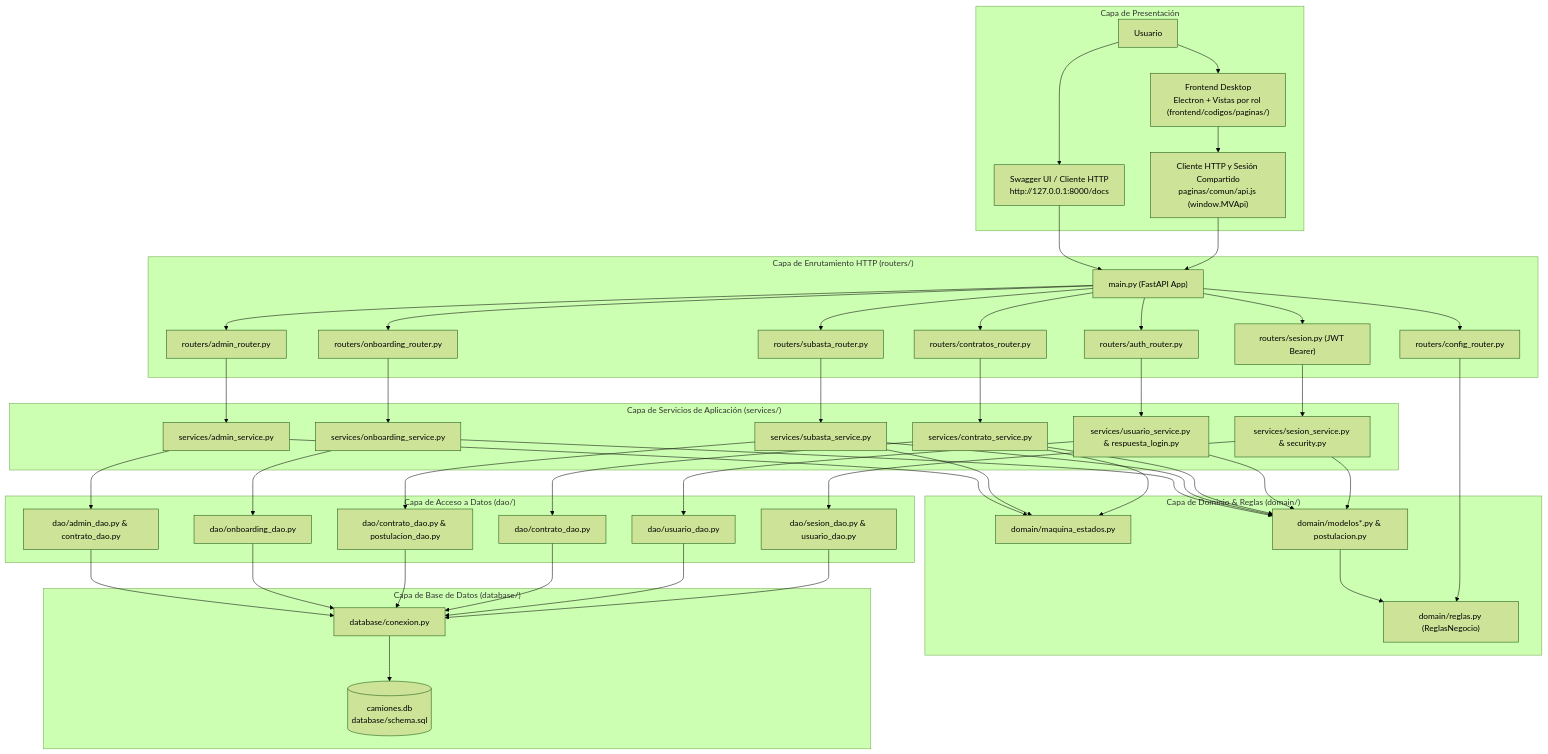
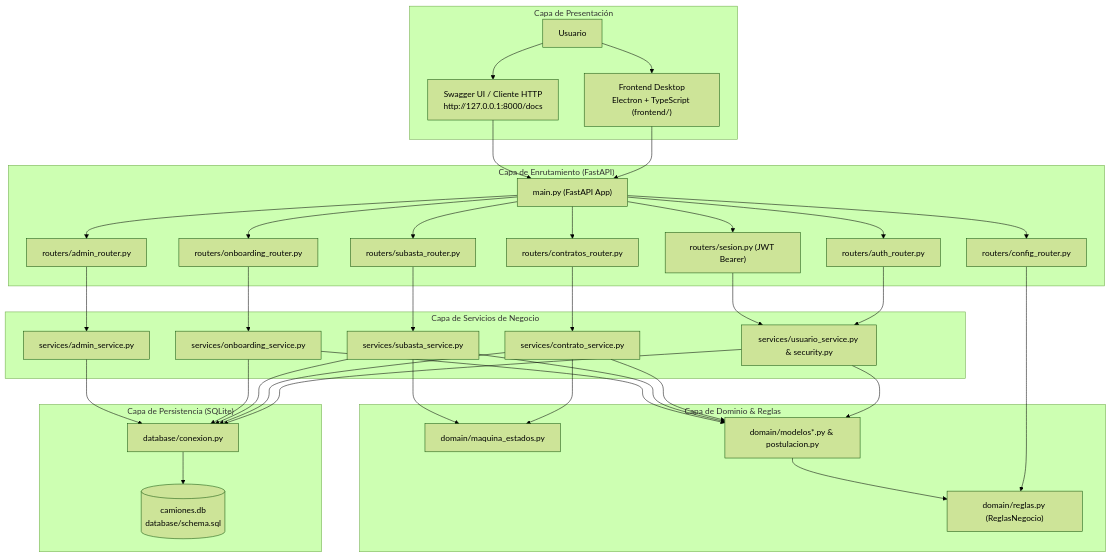
Before and after one commit to hamburgetestudent/Camiones_contratos: the diagram in README.md, drawn with Mermaid (forest theme). The commit also changed other lines of this file and 2 other files, not shown here.

````diff
--- a/README.md
+++ b/README.md
@@ -282,49 +289,38 @@
 ```mermaid
 flowchart TD
     subgraph UI["Capa de Presentación"]
-        A["Usuario"] --> B["Frontend Desktop<br/>Electron + Vistas por rol (frontend/codigos/paginas/)"]
-        B --> FEAPI["Cliente HTTP y Sesión Compartido<br/>paginas/comun/api.js (window.MVApi)"]
+        A["Usuario"] --> B["Frontend Desktop<br/>Electron + TypeScript (frontend/)"]
         A --> C["Swagger UI / Cliente HTTP<br/>http://127.0.0.1:8000/docs"]
     end
 
-    subgraph API["Capa de Enrutamiento HTTP (routers/)"]
-        FEAPI & C --> D["main.py (FastAPI App)"]
+    subgraph API["Capa de Enrutamiento (FastAPI)"]
+        B & C --> D["main.py (FastAPI App)"]
         D --> SSEC["routers/sesion.py (JWT Bearer)"]
         D --> R1["routers/auth_router.py"]
         D --> R2["routers/admin_router.py"]
         D --> R3["routers/contratos_router.py"]
         D --> R4["routers/subasta_router.py"]
         D --> R5["routers/onboarding_router.py"]
         D --> R6["routers/config_router.py"]
     end
 
-    subgraph SERVICES["Capa de Servicios de Aplicación (services/)"]
-        SSEC --> S0["services/sesion_service.py & security.py"]
-        R1 --> S1["services/usuario_service.py & respuesta_login.py"]
+    subgraph SERVICES["Capa de Servicios de Negocio"]
+        R1 & SSEC --> S1["services/usuario_service.py & security.py"]
         R2 --> S5["services/admin_service.py"]
         R3 --> S2["services/contrato_service.py"]
         R4 --> S3["services/subasta_service.py"]
         R5 --> S4["services/onboarding_service.py"]
     end
 
-    subgraph DOMAIN["Capa de Dominio & Reglas (domain/)"]
+    subgraph DOMAIN["Capa de Dominio & Reglas"]
         R6 --> M3["domain/reglas.py (ReglasNegocio)"]
-        S2 & S3 & S5 --> M1["domain/maquina_estados.py"]
-        S0 & S1 & S2 & S3 & S4 --> M2["domain/modelos*.py & postulacion.py"]
+        S2 & S3 --> M1["domain/maquina_estados.py"]
+        S1 & S2 & S3 & S4 --> M2["domain/modelos*.py & postulacion.py"]
         M2 --> M3
     end
 
-    subgraph DAO["Capa de Acceso a Datos (dao/)"]
-        S0 --> D0["dao/sesion_dao.py & usuario_dao.py"]
-        S1 --> D1["dao/usuario_dao.py"]
-        S2 --> D2["dao/contrato_dao.py"]
-        S3 --> D3["dao/contrato_dao.py & postulacion_dao.py"]
-        S4 --> D4["dao/onboarding_dao.py"]
-        S5 --> D5["dao/admin_dao.py & contrato_dao.py"]
-    end
-
-    subgraph PERSISTENCE["Capa de Base de Datos (database/)"]
-        D0 & D1 & D2 & D3 & D4 & D5 --> DBCON["database/conexion.py"]
+    subgraph PERSISTENCE["Capa de Persistencia (SQLite)"]
+        S1 & S2 & S3 & S4 & S5 --> DBCON["database/conexion.py"]
         DBCON --> SQLITE[("camiones.db<br/>database/schema.sql")]
     end
 ```
````
